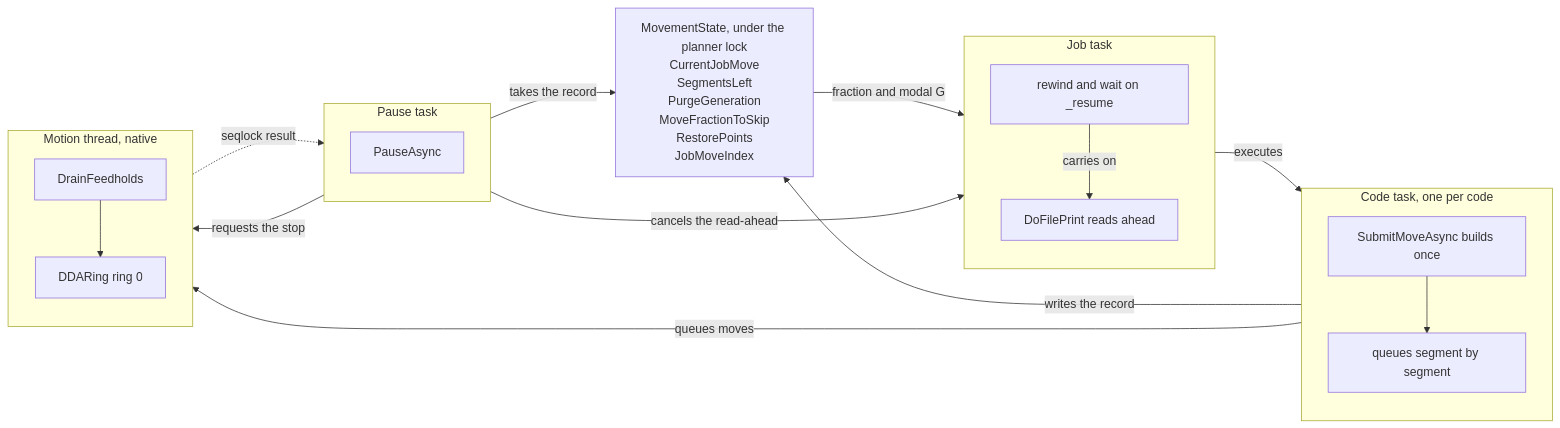
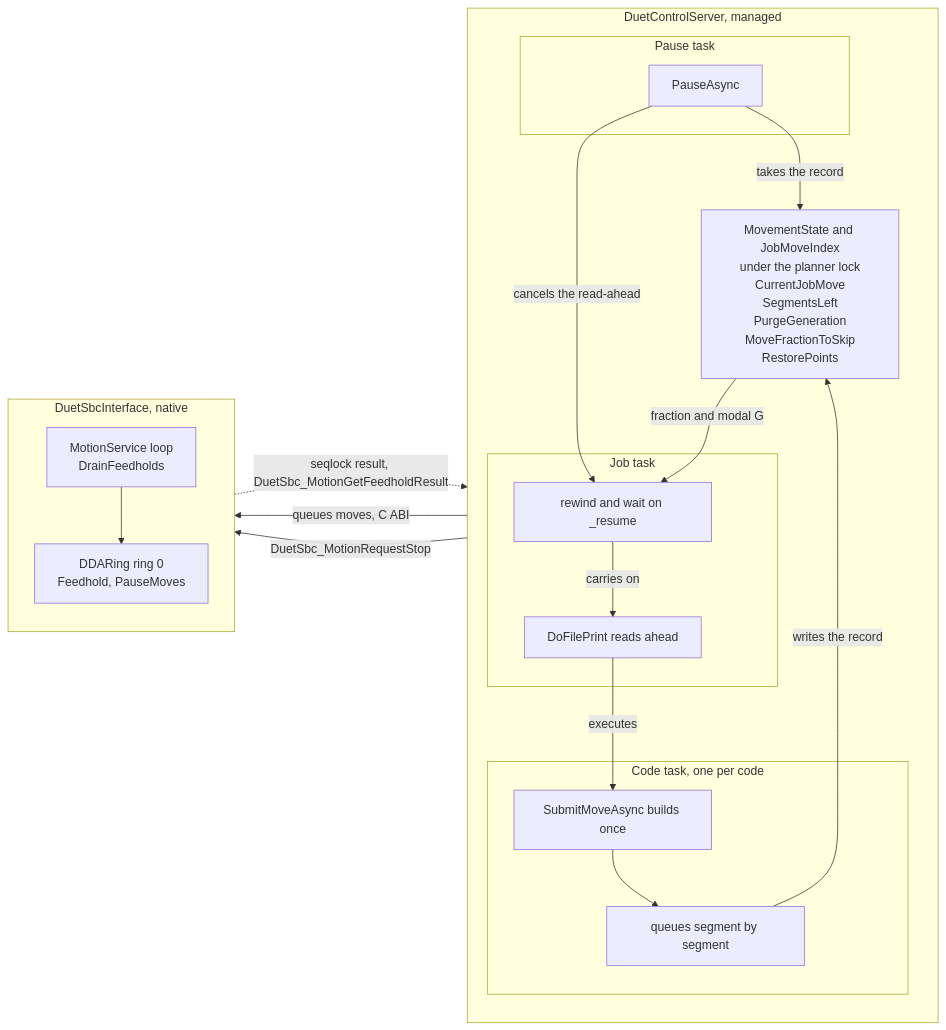
One commit to Duet3D/DuetSoftwareFramework changed the first of 5 diagrams in src/Documentation/articles/pause-and-resume.md. Above: the diagram before and after it, drawn with Mermaid. The commit also changed other lines of this file, not shown here.

````diff
--- a/src/Documentation/articles/pause-and-resume.md
+++ b/src/Documentation/articles/pause-and-resume.md
@@ -20,36 +31,35 @@
 ```mermaid
 flowchart LR
-    subgraph JOB["Job task"]
+    subgraph DCS["DuetControlServer, managed"]
         direction TB
-        J1["DoFilePrint reads ahead"]
-        J2["rewind and wait on _resume"]
+        subgraph JOB["Job task"]
+            J1["DoFilePrint reads ahead"]
+            J2["rewind and wait on _resume"]
+        end
+        subgraph CODE["Code task, one per code"]
+            C1["SubmitMoveAsync builds once"]
+            C2["queues segment by segment"]
+        end
+        subgraph PAUSE["Pause task"]
+            P1["PauseAsync"]
+        end
+        ST["MovementState and JobMoveIndex<br/>under the planner lock<br/>CurrentJobMove<br/>SegmentsLeft<br/>PurgeGeneration<br/>MoveFractionToSkip<br/>RestorePoints"]
     end
-    subgraph CODE["Code task, one per code"]
+    subgraph SBCI["DuetSbcInterface, native"]
         direction TB
-        C1["SubmitMoveAsync builds once"]
-        C2["queues segment by segment"]
+        N1["MotionService loop<br/>DrainFeedholds"]
+        N2["DDARing ring 0<br/>Feedhold, PauseMoves"]
     end
-    subgraph PAUSE["Pause task"]
-        direction TB
-        P1["PauseAsync"]
-    end
-    subgraph NAT["Motion thread, native"]
-        direction TB
-        N1["DrainFeedholds"]
-        N2["DDARing ring 0"]
-    end
-
-    ST["MovementState, under the planner lock<br/>CurrentJobMove<br/>SegmentsLeft<br/>PurgeGeneration<br/>MoveFractionToSkip<br/>RestorePoints<br/>JobMoveIndex"]
 
     J1 -- executes --> C1
     C1 --> C2
     C2 -- writes the record --> ST
-    C2 -- queues moves --> N2
-    P1 -- requests the stop --> N1
+    C2 -- queues moves, C ABI --> N2
+    P1 -- DuetSbc_MotionRequestStop --> N1
     N1 --> N2
-    N2 -. seqlock result .-> P1
+    N2 -. seqlock result, DuetSbc_MotionGetFeedholdResult .-> P1
     P1 -- takes the record --> ST
     P1 -- cancels the read-ahead --> J2
     ST -- fraction and modal G --> J2
     J2 -- carries on --> J1
 ```
````
